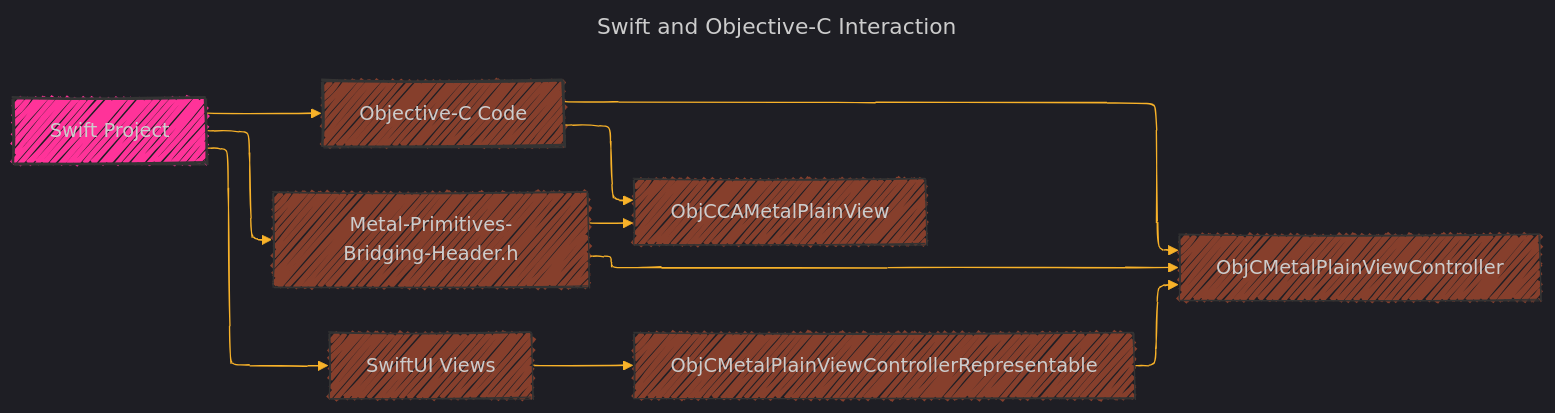
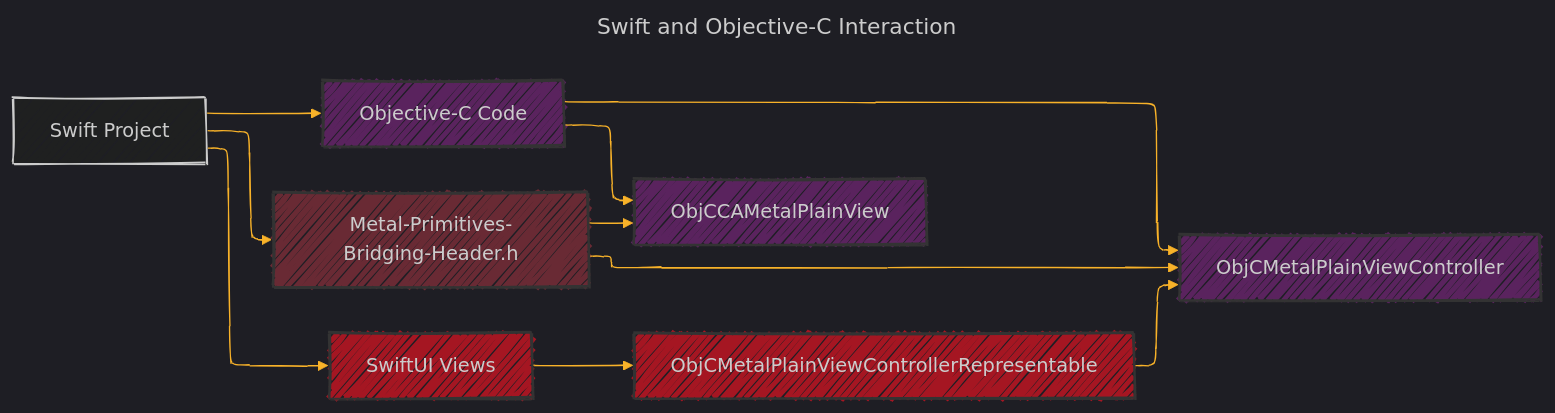
The third of 8 diagrams in Documentation_Consolidated_Version_Draft_2.md (CongLeSolutionX/Metal-Primitives), drawn with Mermaid before and after one commit.

````diff
--- a/Documentation_Consolidated_Version_Draft_2.md
+++ b/Documentation_Consolidated_Version_Draft_2.md
@@ -189,40 +189,42 @@
 ```mermaid
 ---
 title: Swift and Objective-C Interaction
 config:
   layout: elk
   look: handDrawn
   theme: dark
 ---
 %%{
   init: {
     'fontFamily': 'verdana',
     'themeVariables': {
       'primaryColor': '#BB2528',
       'primaryTextColor': '#f529',
       'primaryBorderColor': '#7C0000',
       'lineColor': '#F8B229',
       'secondaryColor': '#006100',
       'tertiaryColor': '#fff'
     }
   }
 }%%
 graph LR
-    A[Swift Project] --> B[Objective-C Code];
-    B --> C[ObjCMetalPlainViewController];
-    B --> D[ObjCCAMetalPlainView];
-    A --> E[Metal-Primitives-Bridging-Header.h];
-    E --> C;
-    E --> D;
-    A --> F[SwiftUI Views];
-    F --> G[ObjCMetalPlainViewControllerRepresentable];
-    G --> C;
-    style A fill:#f39f,stroke:#333,stroke-width:2px
-    style B fill:#c539,stroke:#333,stroke-width:2px
-    style C fill:#c539,stroke:#333,stroke-width:1px
-    style D fill:#c539,stroke:#333,stroke-width:1px
-    style E fill:#c539,stroke:#333,stroke-width:1px
-    style F fill:#c539,stroke:#333,stroke-width:1px
-    style G fill:#c539,stroke:#333,stroke-width:1px
+    A[Swift Project] --> B[Objective-C Code]
+    B --> C[ObjCMetalPlainViewController]
+    B --> D[ObjCCAMetalPlainView]
+    A --> E[Metal-Primitives-Bridging-Header.h]
+    E --> C
+    E --> D
+    A --> F[SwiftUI Views]
+    F --> G[ObjCMetalPlainViewControllerRepresentable]
+    G --> C
+
+    classDef Style_for_Swift_Code fill:#f129,stroke:#333,stroke-width:2px
+    class F,G Style_for_Swift_Code
+   
+    classDef Style_for_Bridging_Header_File fill:#f455,stroke:#333,stroke-width:2px
+    class E Style_for_Bridging_Header_File
+
+    classDef Style_for_ObjC_code fill:#f3f4,stroke:#333,stroke-width:2px
+    class B,D,C Style_for_ObjC_code
 
 ```
````
